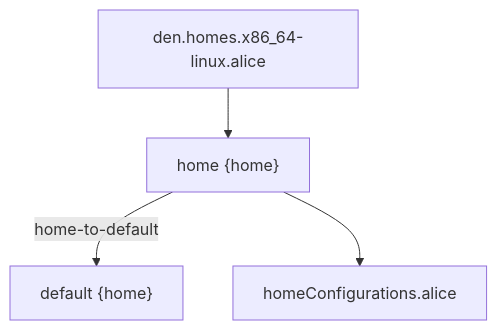
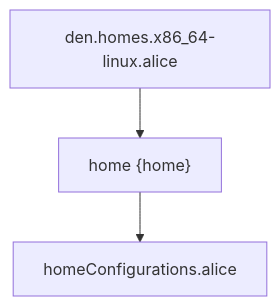
The second of 2 diagrams in docs/src/content/docs/explanation/context-pipeline.mdx (denful/den), drawn with Mermaid before and after one commit. The commit also changed other lines of this file and 56 other files, not shown here.

````diff
--- a/docs/src/content/docs/explanation/context-pipeline.mdx
+++ b/docs/src/content/docs/explanation/context-pipeline.mdx
@@ -92,6 +108,5 @@
    ```mermaid
    flowchart TD
      home["den.homes.x86_64-linux.alice"] --> homestage["home {home}"]
-     homestage -->|"home-to-default"| hdef["default {home}"]
      homestage --> hmc["homeConfigurations.alice"]
    ```
````
